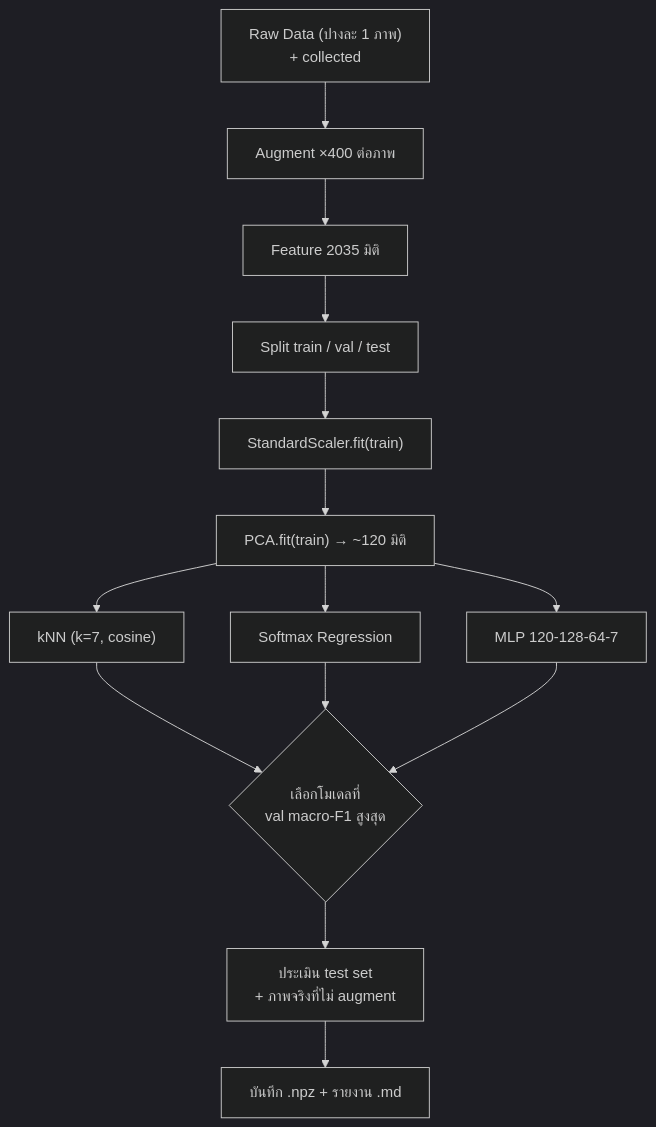
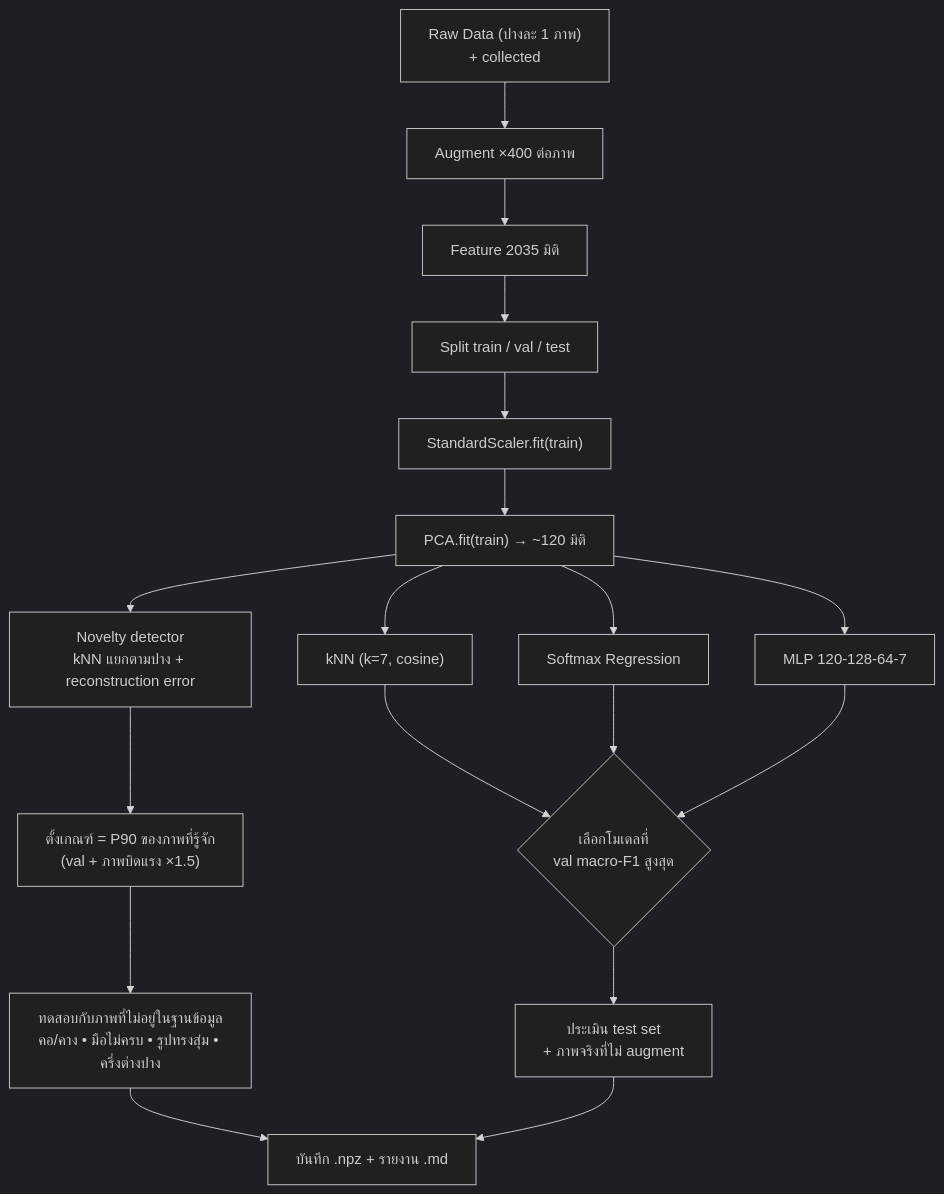
Before and after one commit to money-trade/Hand: the third of 3 diagrams in README.md, drawn with Mermaid (dark theme). The commit also changed other lines of this file and 15 other files, not shown here.

````diff
--- a/README.md
+++ b/README.md
@@ -150,16 +170,20 @@
 ```mermaid
 flowchart TD
     R["Raw Data (ปางละ 1 ภาพ)<br/>+ collected"] --> AUG["Augment ×400 ต่อภาพ"]
     AUG --> FE["Feature 2035 มิติ"]
     FE --> SP["Split train / val / test"]
     SP --> SC["StandardScaler.fit(train)"]
     SC --> PCA["PCA.fit(train) → ~120 มิติ"]
     PCA --> M1["kNN (k=7, cosine)"]
     PCA --> M2["Softmax Regression"]
     PCA --> M3["MLP 120-128-64-7"]
     M1 --> SEL{"เลือกโมเดลที่<br/>val macro-F1 สูงสุด"}
     M2 --> SEL
     M3 --> SEL
+    PCA --> NOV["Novelty detector<br/>kNN แยกตามปาง + reconstruction error"]
+    NOV --> CAL["ตั้งเกณฑ์ = P90 ของภาพที่รู้จัก<br/>(val + ภาพบิดแรง ×1.5)"]
+    CAL --> UT["ทดสอบกับภาพที่ไม่อยู่ในฐานข้อมูล<br/>คอ/คาง • มือไม่ครบ • รูปทรงสุ่ม • ครึ่งต่างปาง"]
     SEL --> TE["ประเมิน test set<br/>+ ภาพจริงที่ไม่ augment"]
+    UT --> SAVE
     TE --> SAVE["บันทึก .npz + รายงาน .md"]
 ```
````
